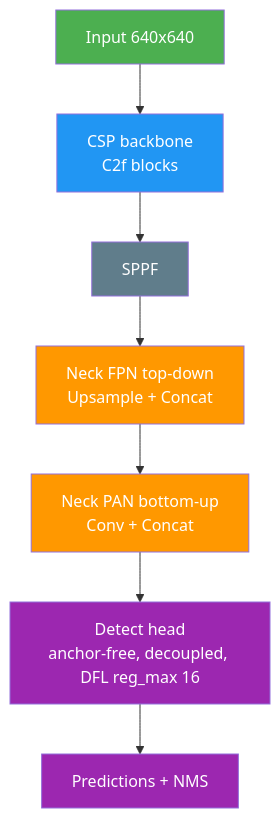
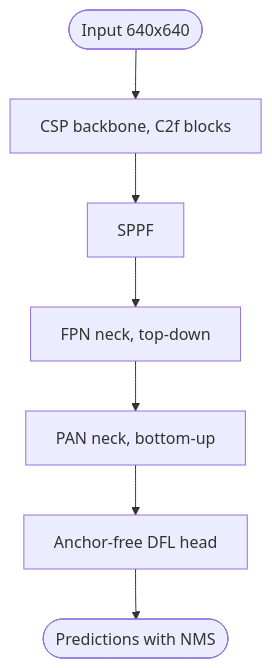
Before and after one commit to ultralytics/ultralytics: the third of 5 diagrams in docs/en/guides/yolo-architecture.md, drawn with Mermaid. The commit also changed other lines of this file and 20 other files, not shown here.

Commit message:
Migrate docs Mermaid diagrams to the unified design system (#26573)

````diff
--- a/docs/en/guides/yolo-architecture.md
+++ b/docs/en/guides/yolo-architecture.md
@@ -64,14 +54,9 @@
     ```mermaid
     flowchart TD
-        IN[Input 640x640]:::start --> BB[CSP backbone<br/>C2f blocks]:::proc
-        BB --> SP[SPPF]:::extern
-        SP --> FPN[Neck FPN top-down<br/>Upsample + Concat]:::decide
-        FPN --> PAN[Neck PAN bottom-up<br/>Conv + Concat]:::decide
-        PAN --> HD[Detect head<br/>anchor-free, decoupled, DFL reg_max 16]:::out
-        HD --> O[Predictions + NMS]:::out
-        classDef start fill:#4CAF50,color:#fff
-        classDef proc fill:#2196F3,color:#fff
-        classDef decide fill:#FF9800,color:#fff
-        classDef out fill:#9C27B0,color:#fff
-        classDef extern fill:#607D8B,color:#fff
+        IN([Input 640x640]) --> BB["CSP backbone, C2f blocks"]
+        BB --> SP[SPPF]
+        SP --> FPN["FPN neck, top-down"]
+        FPN --> PAN["PAN neck, bottom-up"]
+        PAN --> HD[Anchor-free DFL head]
+        HD --> O([Predictions with NMS])
     ```
````
